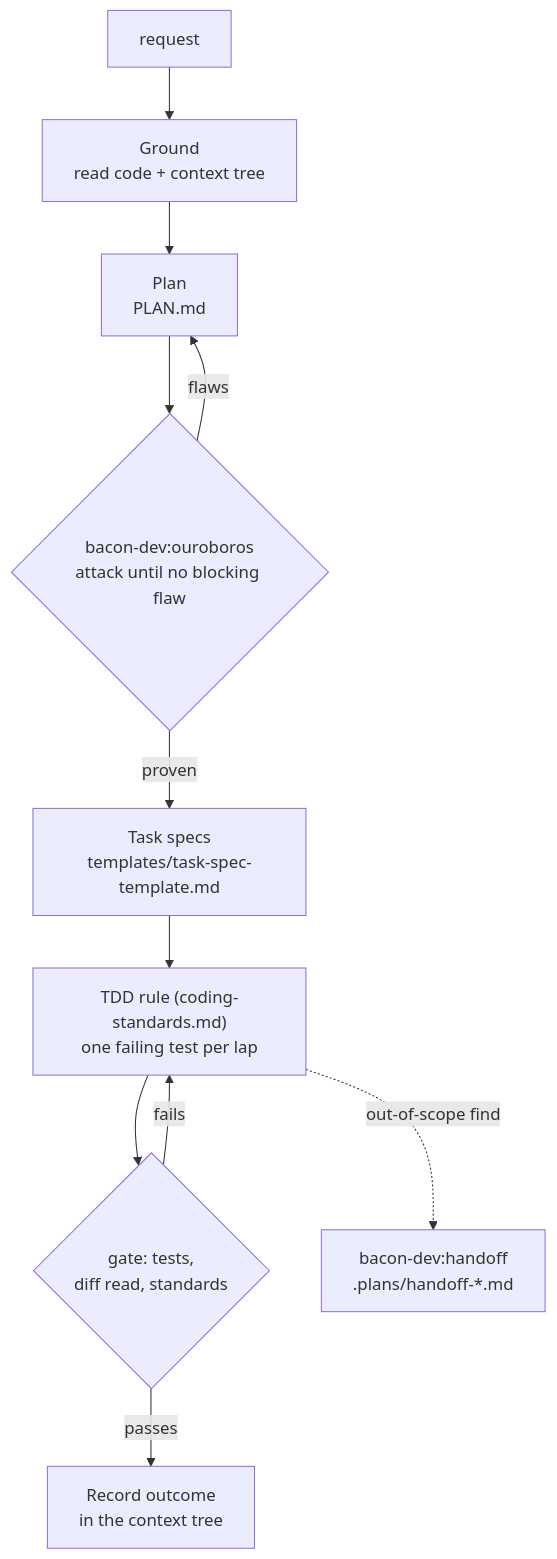
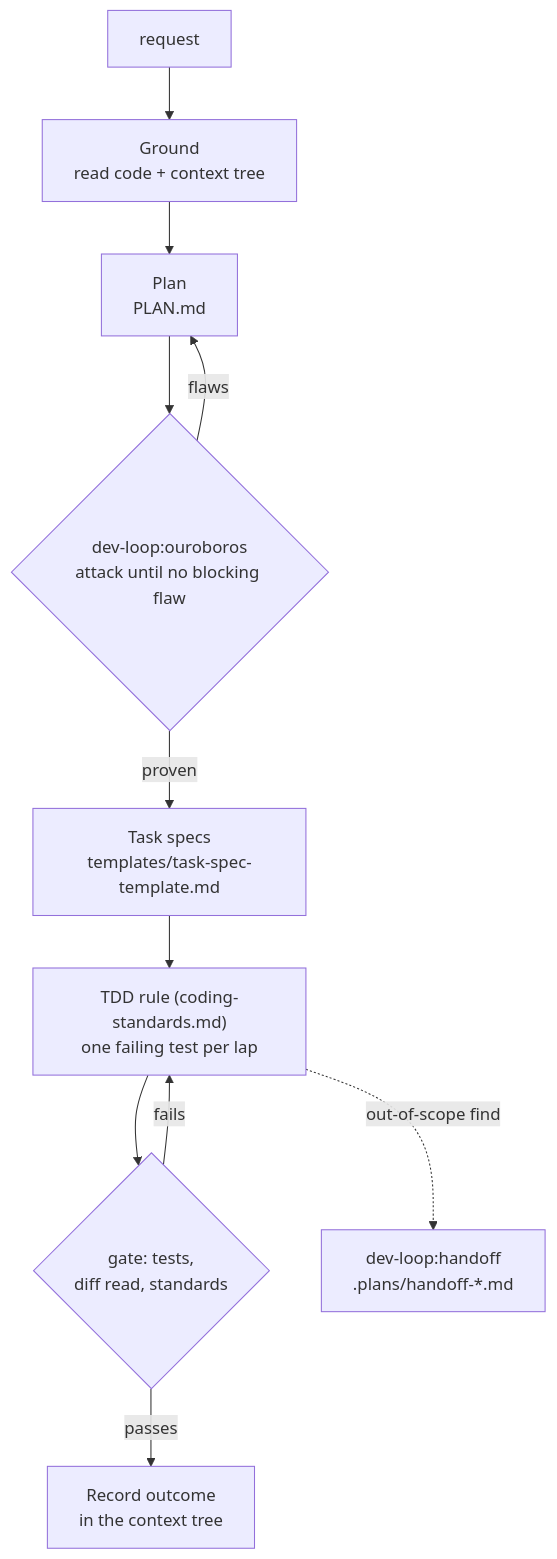
Before and after one commit to bakonblitz-debug/ai-tools: the third of 3 diagrams in docs/harness-map.md, drawn with Mermaid. The commit also changed other lines of this file and 33 other files, not shown here.

````diff
--- a/docs/harness-map.md
+++ b/docs/harness-map.md
@@ -259,13 +251,13 @@
 ```mermaid
 flowchart TD
   A["request"] --> G["Ground<br/>read code + context tree"]
   G --> P["Plan<br/>PLAN.md"]
-  P --> O{"bacon-dev:ouroboros<br/>attack until no blocking flaw"}
+  P --> O{"dev-loop:ouroboros<br/>attack until no blocking flaw"}
   O -- "flaws" --> P
   O -- "proven" --> TD["Task specs<br/>templates/task-spec-template.md"]
   TD --> T["TDD rule (coding-standards.md)<br/>one failing test per lap"]
   T --> GATE{"gate: tests,<br/>diff read, standards"}
   GATE -- "fails" --> T
   GATE -- "passes" --> REC["Record outcome<br/>in the context tree"]
-  T -. "out-of-scope find" .-> HO["bacon-dev:handoff<br/>.plans/handoff-*.md"]
+  T -. "out-of-scope find" .-> HO["dev-loop:handoff<br/>.plans/handoff-*.md"]
 ```
````
